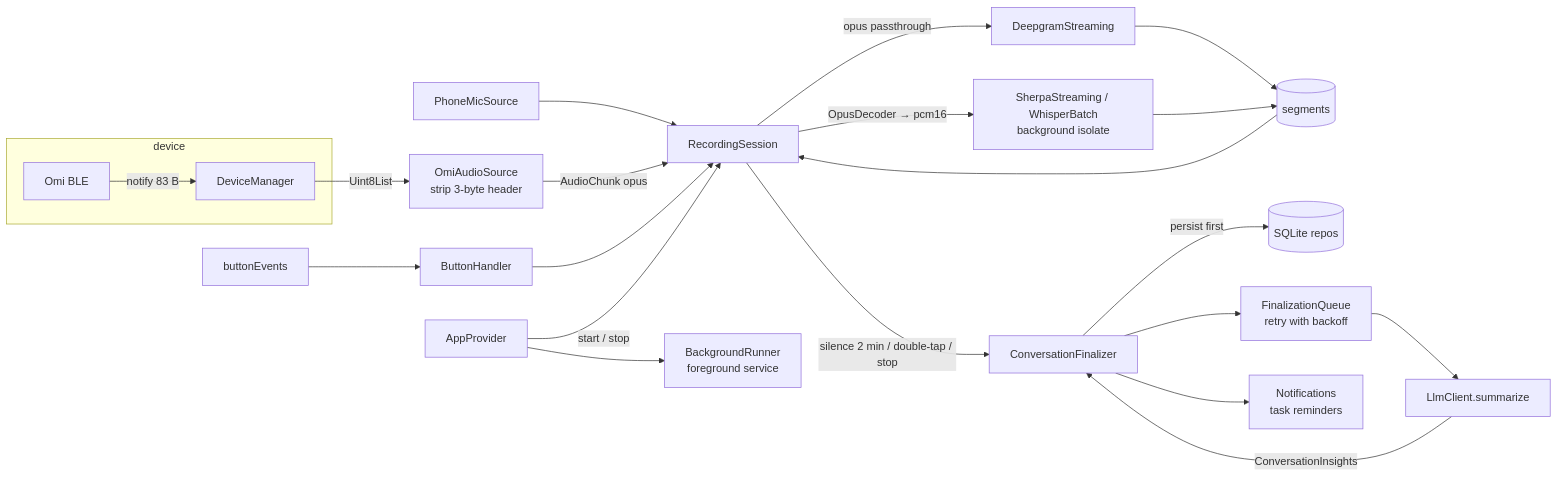
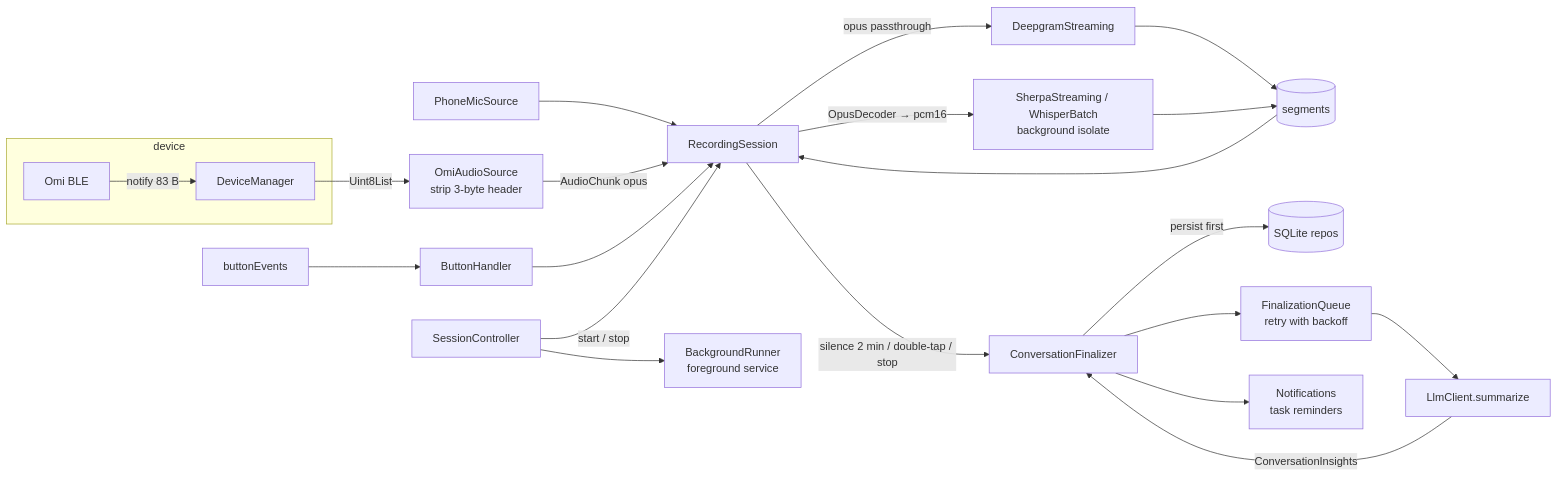
One commit to johnpark-bin/LibreOmi changed the diagram in docs/03-architecture.md. Above: the diagram before and after it, drawn with Mermaid. The commit also changed other lines of this file and 34 other files, not shown here.

````diff
--- a/docs/03-architecture.md
+++ b/docs/03-architecture.md
@@ -228,23 +257,23 @@
 ```mermaid
 flowchart LR
   subgraph device
     OMI[Omi BLE] -->|notify 83 B| DM[DeviceManager]
   end
   DM -->|Uint8List| OAS[OmiAudioSource\nstrip 3-byte header]
   MIC[PhoneMicSource] --> RS
   OAS -->|AudioChunk opus| RS[RecordingSession]
   RS -->|opus passthrough| DG[DeepgramStreaming]
   RS -->|OpusDecoder → pcm16| SH[SherpaStreaming / WhisperBatch\nbackground isolate]
   DG --> SEG[(segments)]
   SH --> SEG
   SEG --> RS
   RS -->|silence 2 min / double-tap / stop| FIN[ConversationFinalizer]
   FIN -->|persist first| REPO[(SQLite repos)]
   FIN --> Q[FinalizationQueue\nretry with backoff]
   Q --> LLM[LlmClient.summarize]
   LLM -->|ConversationInsights| FIN
   FIN --> NOTIF[Notifications\ntask reminders]
   BTN[buttonEvents] --> BH[ButtonHandler] --> RS
-  AP[AppProvider] -->|start / stop| RS
-  AP --> BG[BackgroundRunner\nforeground service]
+  SC[SessionController] -->|start / stop| RS
+  SC --> BG[BackgroundRunner\nforeground service]
 ```
````
